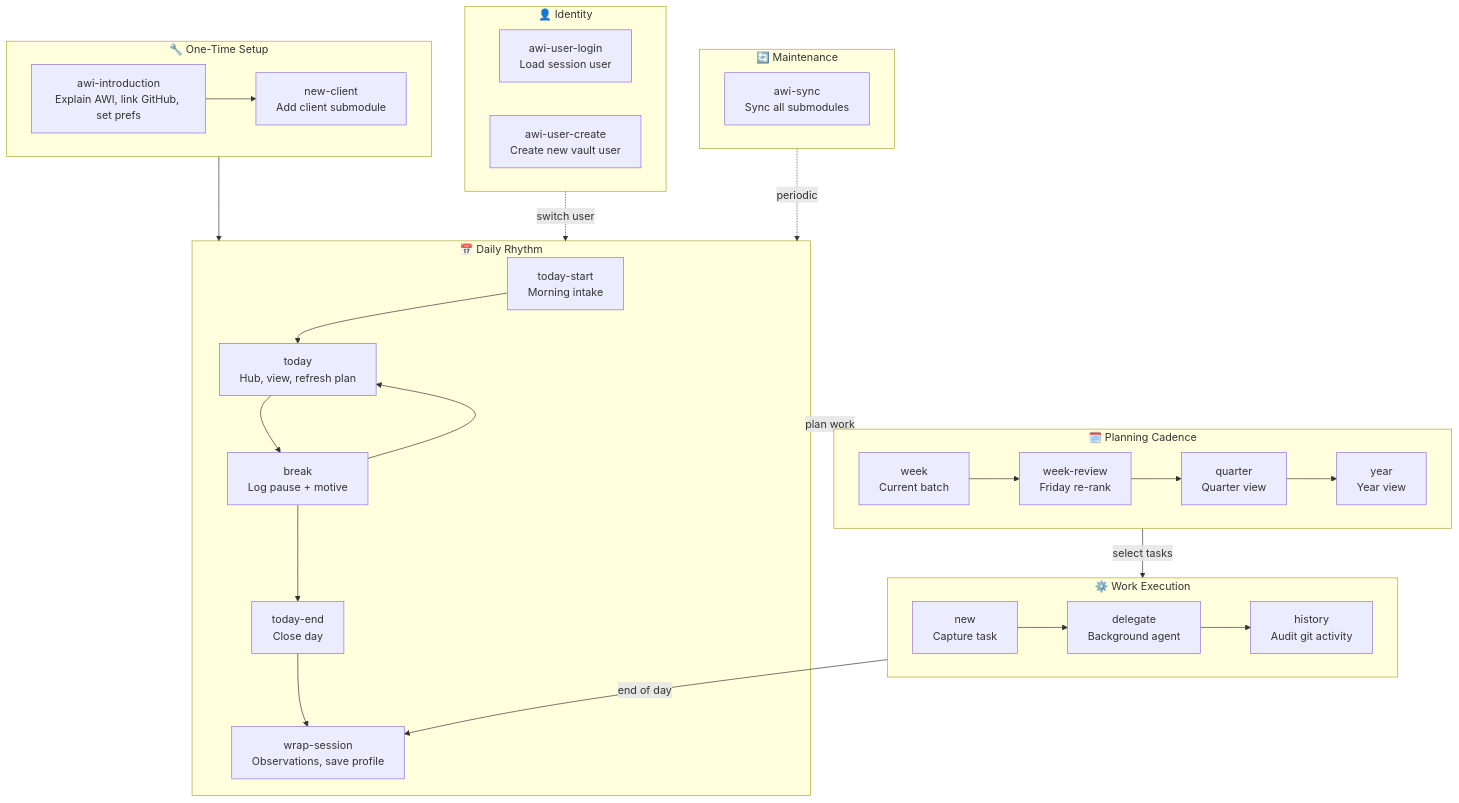
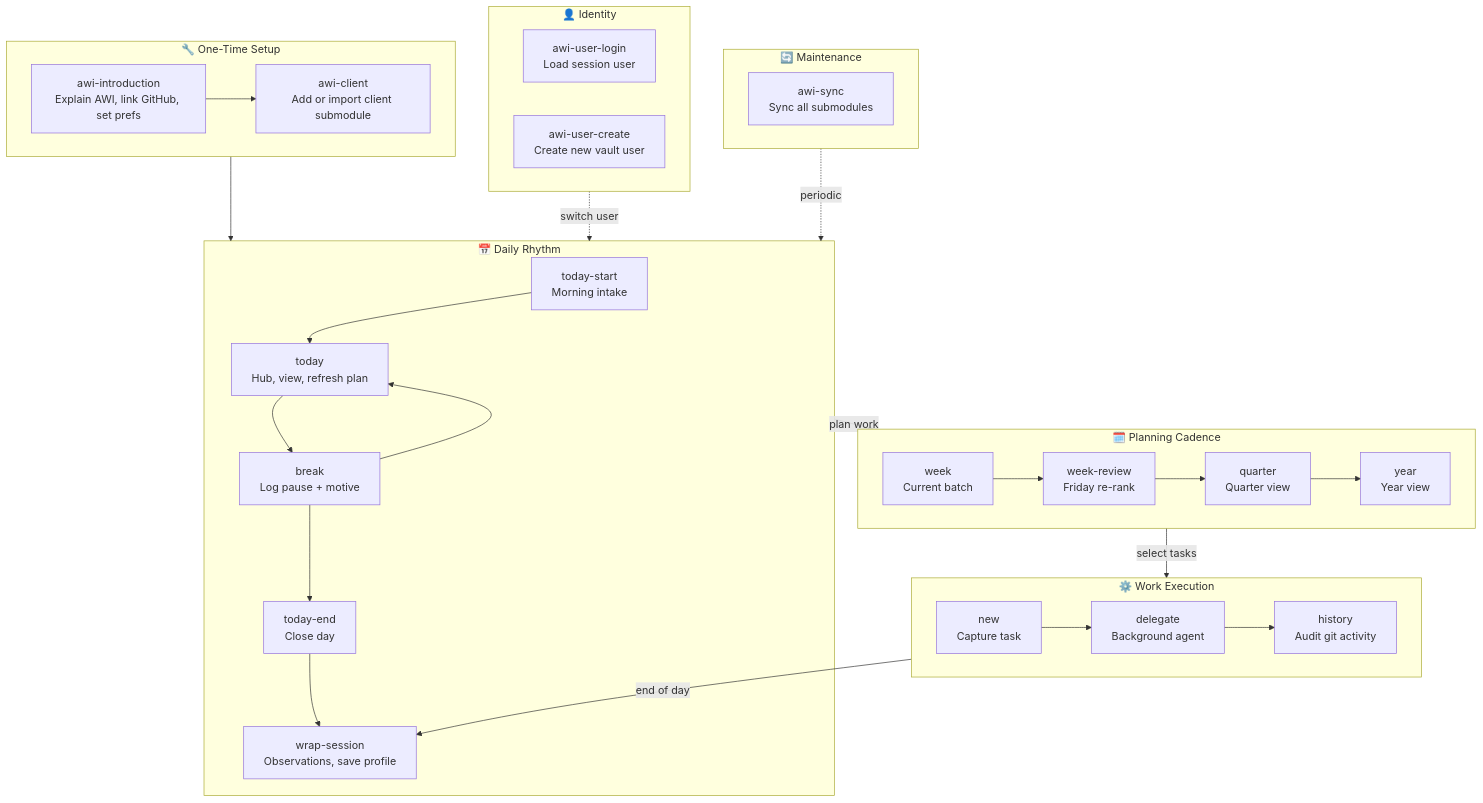
The diagram in _system/agentic-workflow-integrator/skills/workflow-diagram.md (GuidoAmici/awi-core), drawn with Mermaid before and after one commit. The commit also changed other lines of this file and 25 other files, not shown here.

````diff
--- a/_system/agentic-workflow-integrator/skills/workflow-diagram.md
+++ b/_system/agentic-workflow-integrator/skills/workflow-diagram.md
@@ -5,56 +5,56 @@
 ```mermaid
 flowchart TD
     subgraph SETUP["🔧 One-Time Setup"]
         awi_introduction["awi-introduction<br/>Explain AWI, link GitHub, set prefs"]
-        new_client["new-client<br/>Add client submodule"]
-        awi_introduction --> new_client
+        awi_client["awi-client<br/>Add or import client submodule"]
+        awi_introduction --> awi_client
     end
 
     subgraph IDENTITY["👤 Identity"]
         awi_user_login["awi-user-login<br/>Load session user"]
         awi_user_create["awi-user-create<br/>Create new vault user"]
     end
 
     subgraph DAY["📅 Daily Rhythm"]
         today_start["today-start<br/>Morning intake"]
         today["today<br/>Hub, view, refresh plan"]
         break["break<br/>Log pause + motive"]
         today_end["today-end<br/>Close day"]
         wrap_session["wrap-session<br/>Observations, save profile"]
         today_start --> today
         today --> break
         break --> today_end
         today_end --> wrap_session
         break --> today
     end
 
     subgraph PLANNING["🗓️ Planning Cadence"]
         week["week<br/>Current batch"]
         week_review["week-review<br/>Friday re-rank"]
         quarter["quarter<br/>Quarter view"]
         year["year<br/>Year view"]
         week --> week_review
         week_review --> quarter
         quarter --> year
     end
 
     subgraph WORK["⚙️ Work Execution"]
         new["new<br/>Capture task"]
         delegate["delegate<br/>Background agent"]
         history["history<br/>Audit git activity"]
         new --> delegate
         delegate --> history
     end
 
     subgraph MAINTENANCE["🔄 Maintenance"]
         awi_sync["awi-sync<br/>Sync all submodules"]
     end
 
     %% Cross-group flows
     SETUP --> DAY
     IDENTITY -.->|switch user| DAY
     DAY -->|plan work| PLANNING
     PLANNING -->|select tasks| WORK
     WORK -->|end of day| wrap_session
     MAINTENANCE -.->|periodic| DAY
 ```
````
